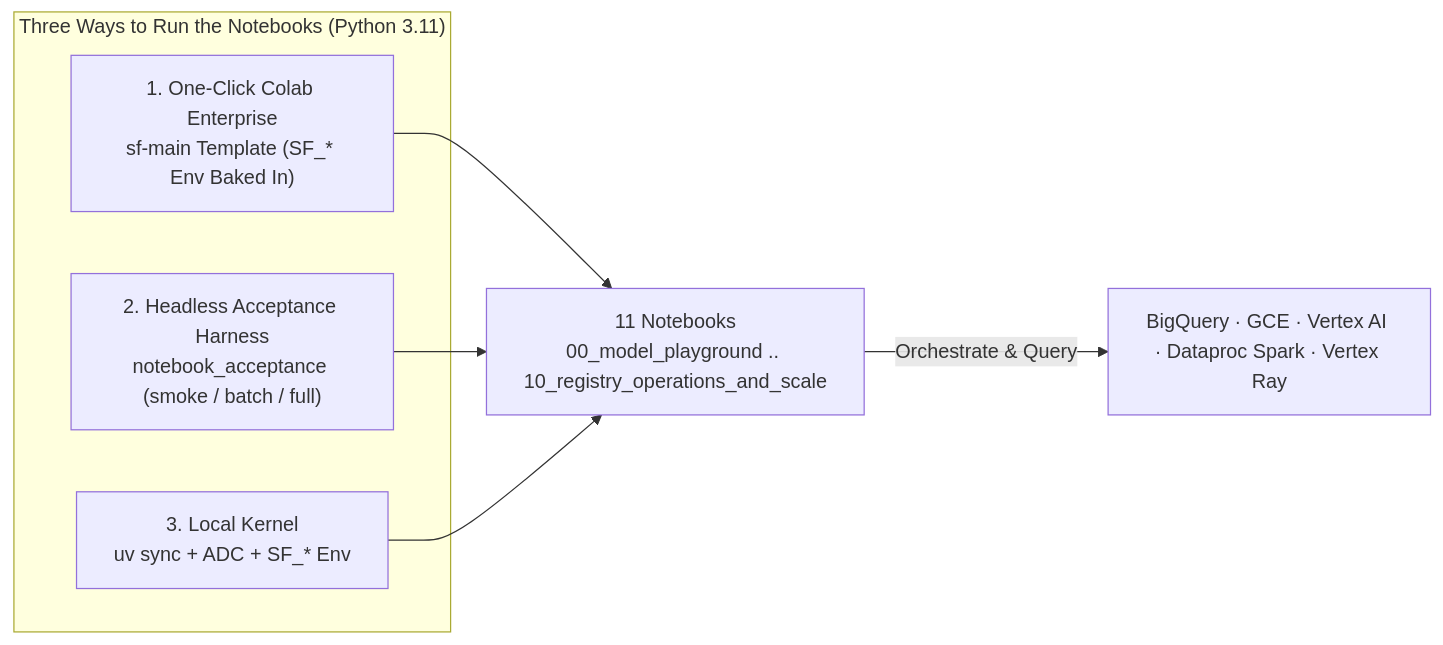
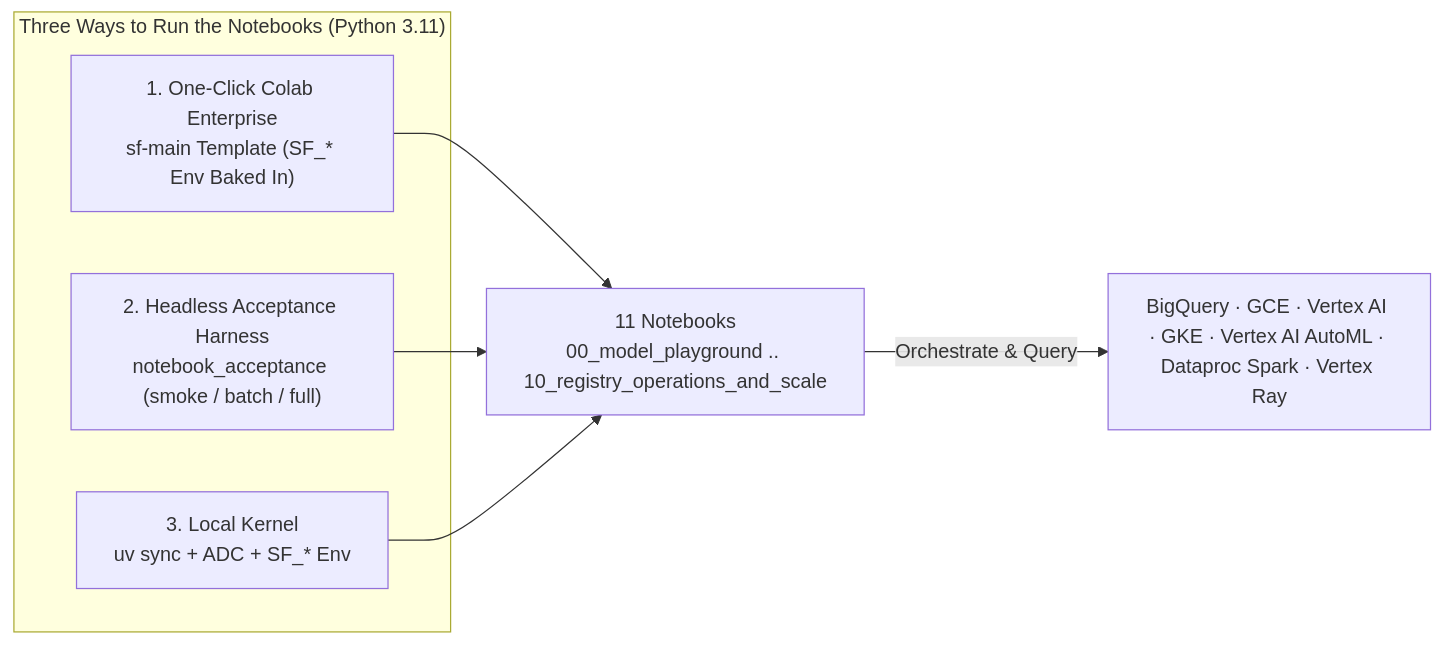
The diagram in docs/notebook_runtimes.md (statmike/scale-forecasting), drawn with Mermaid before and after one commit. The commit also changed other lines of this file and 102 other files, not shown here.

Commit message:
feat(automl,explainability): add Vertex AI AutoML & Tabular Workflows (vertex_l2l, vertex_tide, vertex_tft, vertex_seq2seq), Two-Tier Feature Attributions, and repo-wide docs

````diff
--- a/docs/notebook_runtimes.md
+++ b/docs/notebook_runtimes.md
@@ -18,10 +18,10 @@
 ```mermaid
 flowchart LR
     subgraph Surfaces["Three Ways to Run the Notebooks (Python 3.11)"]
         S1["1. One-Click Colab Enterprise<br/>sf-main Template (SF_* Env Baked In)"]
         S2["2. Headless Acceptance Harness<br/>notebook_acceptance (smoke / batch / full)"]
         S3["3. Local Kernel<br/>uv sync + ADC + SF_* Env"]
     end
     S1 & S2 & S3 --> NB["11 Notebooks<br/>00_model_playground .. 10_registry_operations_and_scale"]
-    NB -->|"Orchestrate & Query"| Cloud["BigQuery · GCE · Vertex AI · Dataproc Spark · Vertex Ray"]
+    NB -->|"Orchestrate & Query"| Cloud["BigQuery · GCE · Vertex AI · GKE · Vertex AI AutoML · Dataproc Spark · Vertex Ray"]
 ```
````
